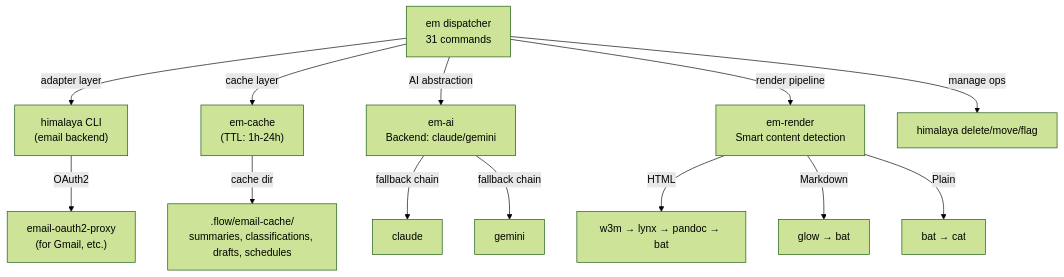
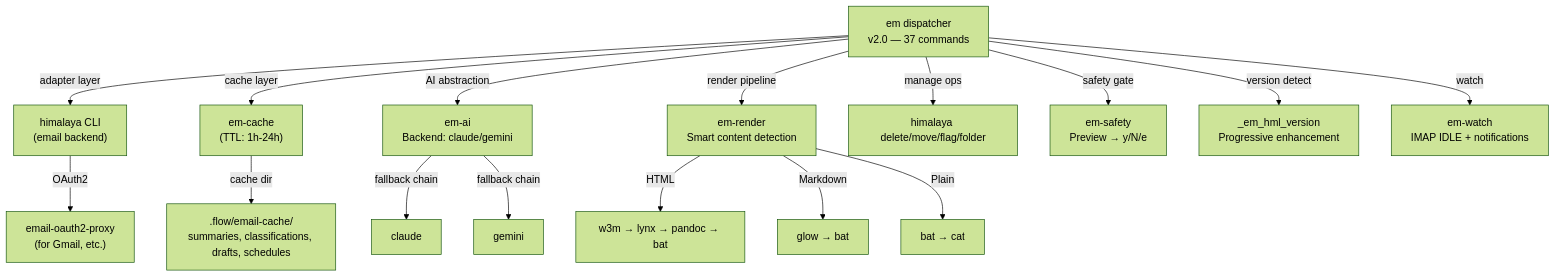
The second of 2 diagrams in docs/reference/REFCARD-EMAIL-DISPATCHER.md (Data-Wise/flow-cli), drawn with Mermaid (forest theme) before and after one commit. The commit also changed other lines of this file and 1 other file, not shown here.

First line of the commit message:
docs: update email dispatcher reference for v2.0

````diff
--- a/docs/reference/REFCARD-EMAIL-DISPATCHER.md
+++ b/docs/reference/REFCARD-EMAIL-DISPATCHER.md
@@ -125,15 +139,18 @@
 ```mermaid
 graph TD
-    A["em dispatcher<br/>31 commands"] -->|adapter layer| B["himalaya CLI<br/>(email backend)"]
+    A["em dispatcher<br/>v2.0 — 37 commands"] -->|adapter layer| B["himalaya CLI<br/>(email backend)"]
     A -->|cache layer| C["em-cache<br/>(TTL: 1h-24h)"]
     A -->|AI abstraction| D["em-ai<br/>Backend: claude/gemini"]
     A -->|render pipeline| E["em-render<br/>Smart content detection"]
-    A -->|manage ops| F["himalaya delete/move/flag"]
+    A -->|manage ops| F["himalaya delete/move/flag/folder"]
+    A -->|safety gate| G["em-safety<br/>Preview → y/N/e"]
+    A -->|version detect| H["_em_hml_version<br/>Progressive enhancement"]
+    A -->|watch| I["em-watch<br/>IMAP IDLE + notifications"]
     D -->|fallback chain| D1["claude"]
     D -->|fallback chain| D2["gemini"]
     E -->|HTML| E1["w3m → lynx → pandoc → bat"]
     E -->|Markdown| E2["glow → bat"]
     E -->|Plain| E3["bat → cat"]
     B -->|OAuth2| B1["email-oauth2-proxy<br/>(for Gmail, etc.)"]
     C -->|cache dir| C1[".flow/email-cache/<br/>summaries, classifications, drafts, schedules"]
 ```
````
